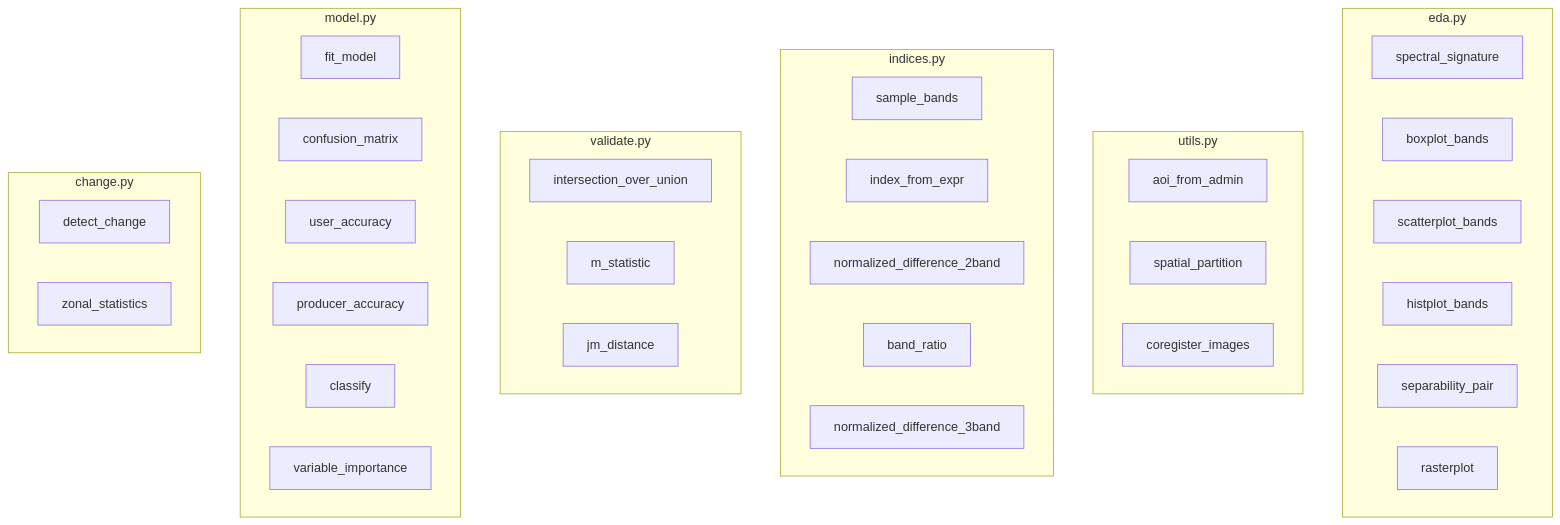
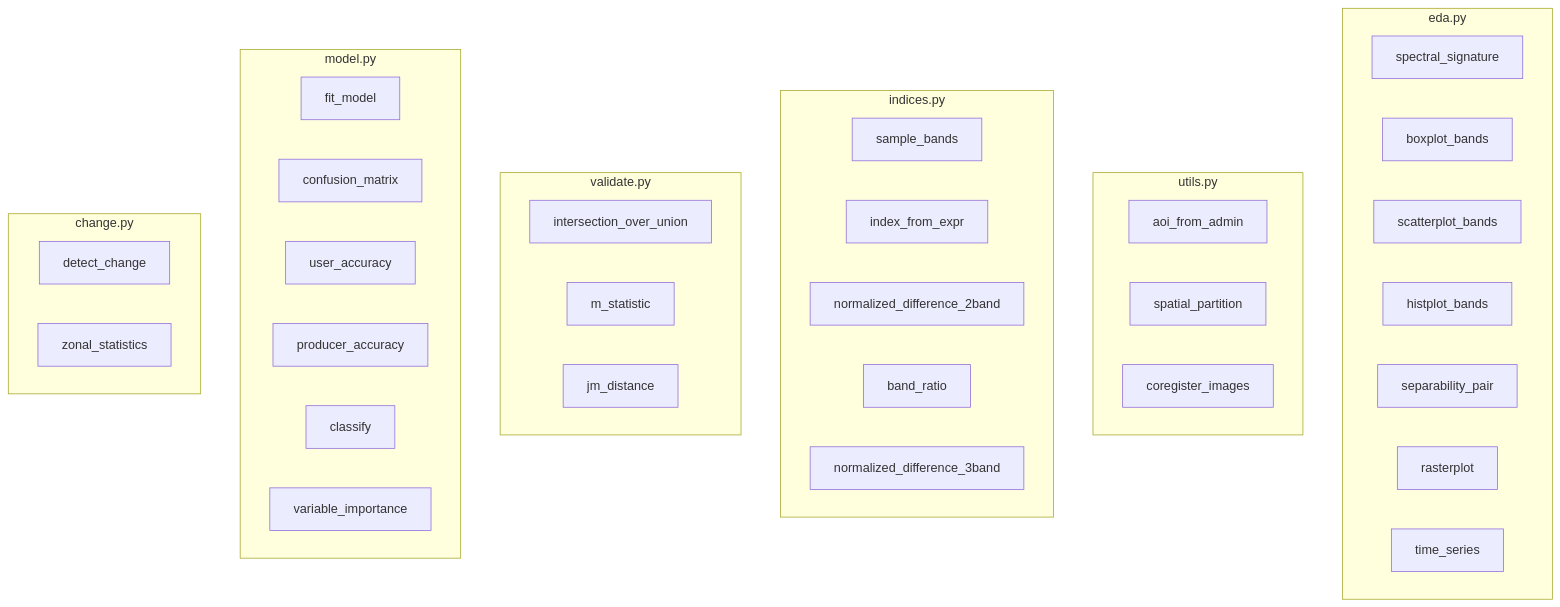
The diagram in implementation.md (jeromemaiquez/gms-ir-mangrove-seagrass-surigao), drawn with Mermaid before and after one commit. The commit also changed 1 other file, not shown here.

Commit message:
Added functions for class separability metrics

````diff
--- a/implementation.md
+++ b/implementation.md
@@ -1,40 +1,41 @@
 ```mermaid
 graph TD;
     subgraph eda.py
         E1[spectral_signature];
         E2[boxplot_bands];
         E3[scatterplot_bands];
         E4[histplot_bands];
         E5[separability_pair];
         E6[rasterplot];
+        E7[time_series];
     end
     subgraph utils.py
         U1[aoi_from_admin];
         U2[spatial_partition];
         U3[coregister_images];
     end
     subgraph indices.py
         I1[sample_bands];
         I2[index_from_expr];
         I3[normalized_difference_2band];
         I4[band_ratio];
         I5[normalized_difference_3band];
     end
     subgraph validate.py
         V1[intersection_over_union];
         V2[m_statistic];
         V3[jm_distance];
     end
     subgraph model.py
         M1[fit_model];
         M2[confusion_matrix];
         M3[user_accuracy];
         M4[producer_accuracy];
         M5[classify];
         M6[variable_importance];
     end
     subgraph change.py
         C1[detect_change];
         C2[zonal_statistics];
     end
 ```
````
